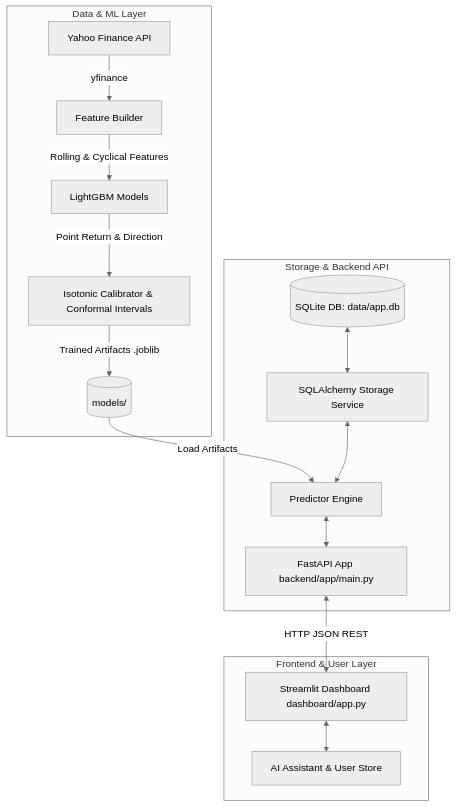
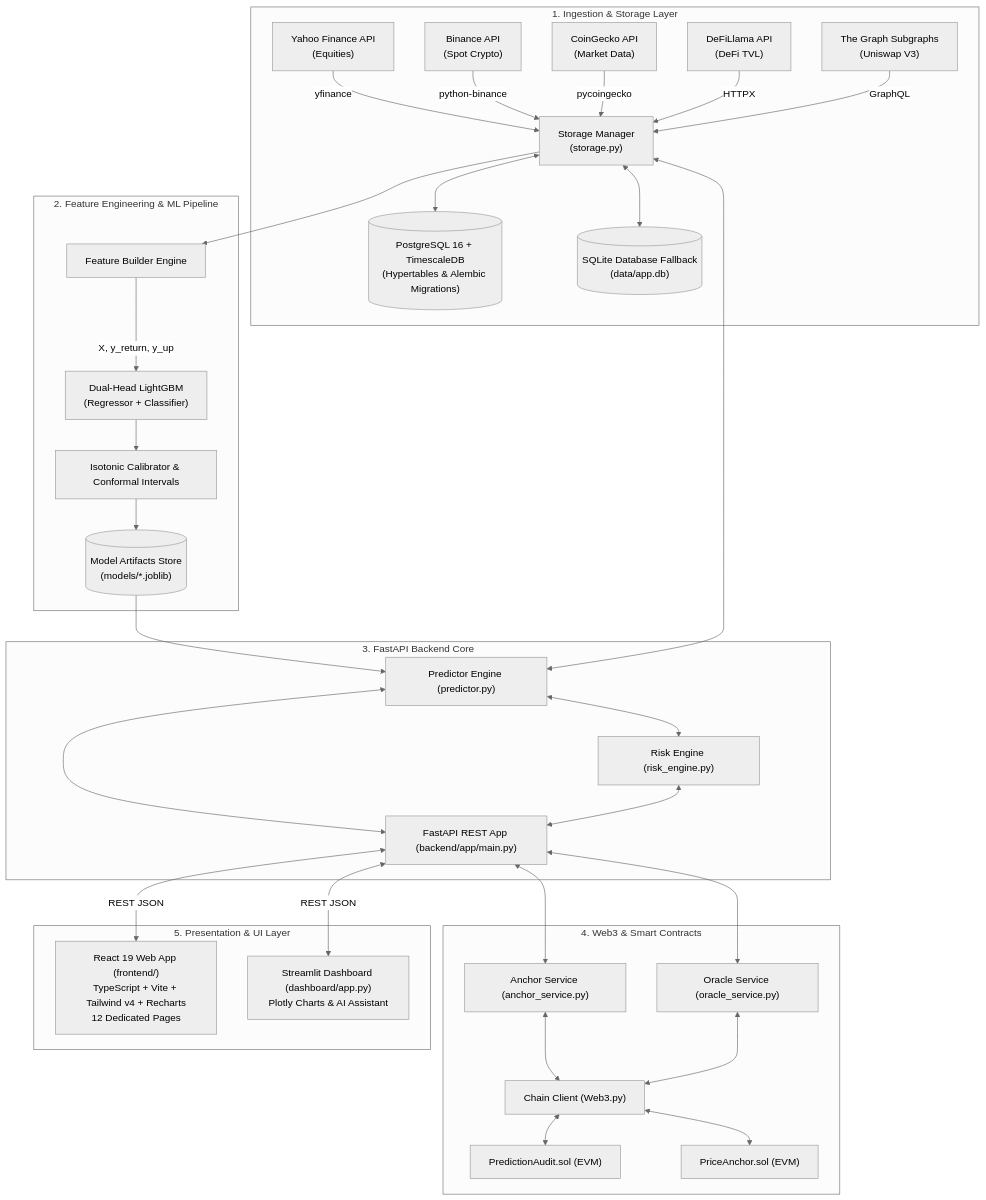
Before and after one commit to Uditrajput09/aegis-analytics-ai-system: the diagram in docs/Aegis_Analytics_Project_Overview.md, drawn with Mermaid (neutral theme). The commit also changed other lines of this file and 79 other files, not shown here.

Commit message:
feat: integrate blockchain audit contracts, DeFi analytics, system docs, and remove cached pyc

````diff
--- a/docs/Aegis_Analytics_Project_Overview.md
+++ b/docs/Aegis_Analytics_Project_Overview.md
@@ -9,21 +9,39 @@
 ```mermaid
 flowchart TD
-    subgraph Data & ML Layer
-        YF[Yahoo Finance API] -->|yfinance| FE[Feature Builder]
-        FE -->|Rolling & Cyclical Features| ML[LightGBM Models]
-        ML -->|Point Return & Direction| Calib[Isotonic Calibrator & Conformal Intervals]
-        Calib -->|Trained Artifacts .joblib| ModelDir[(models/)]
+    subgraph DataIngestionLayer ["1. Ingestion & Storage Layer"]
+        YF["Yahoo Finance API\n(Equities)"] -->|yfinance| STORE["Storage Manager\n(storage.py)"]
+        BN["Binance API\n(Spot Crypto)"] -->|python-binance| STORE
+        CG["CoinGecko API\n(Market Data)"] -->|pycoingecko| STORE
+        DL["DeFiLlama API\n(DeFi TVL)"] -->|HTTPX| STORE
+        TG["The Graph Subgraphs\n(Uniswap V3)"] -->|GraphQL| STORE
+        STORE <--> PG[("PostgreSQL 16 + TimescaleDB\n(Hypertables & Alembic Migrations)")]
+        STORE <--> SQLITE[("SQLite Database Fallback\n(data/app.db)")]
     end
 
-    subgraph Storage & Backend API
-        DB[(SQLite DB: data/app.db)] <--> Storage[SQLAlchemy Storage Service]
-        ModelDir -->|Load Artifacts| Predictor[Predictor Engine]
-        Storage <--> Predictor
-        Predictor <--> FastAPI[FastAPI App backend/app/main.py]
+    subgraph MLLayer ["2. Feature Engineering & ML Pipeline"]
+        STORE --> FE["Feature Builder Engine"]
+        FE -->|X, y_return, y_up| ML["Dual-Head LightGBM\n(Regressor + Classifier)"]
+        ML --> CALIB["Isotonic Calibrator & Conformal Intervals"]
+        CALIB --> MODEL_DIR[("Model Artifacts Store\n(models/*.joblib)")]
     end
 
-    subgraph Frontend & User Layer
-        FastAPI <-->|HTTP JSON REST| Dash[Streamlit Dashboard dashboard/app.py]
-        Dash <--> AI[AI Assistant & User Store]
+    subgraph APILayer ["3. FastAPI Backend Core"]
+        MODEL_DIR --> PRED["Predictor Engine (predictor.py)"]
+        STORE <--> PRED
+        PRED <--> RISK["Risk Engine (risk_engine.py)"]
+        PRED & RISK <--> FASTAPI["FastAPI REST App (backend/app/main.py)"]
+    end
+
+    subgraph BlockchainLayer ["4. Web3 & Smart Contracts"]
+        FASTAPI <--> ANCHOR_SVC["Anchor Service (anchor_service.py)"]
+        FASTAPI <--> ORACLE_SVC["Oracle Service (oracle_service.py)"]
+        ANCHOR_SVC & ORACLE_SVC <--> CHAIN_CLI["Chain Client (Web3.py)"]
+        CHAIN_CLI <--> PA_CONTRACT["PredictionAudit.sol (EVM)"]
+        CHAIN_CLI <--> PRC_CONTRACT["PriceAnchor.sol (EVM)"]
+    end
+
+    subgraph PresentationLayer ["5. Presentation & UI Layer"]
+        FASTAPI <-->|REST JSON| REACT_APP["React 19 Web App (frontend/)\nTypeScript + Vite + Tailwind v4 + Recharts\n12 Dedicated Pages"]
+        FASTAPI <-->|REST JSON| DASH["Streamlit Dashboard (dashboard/app.py)\nPlotly Charts & AI Assistant"]
     end
 ```
````
